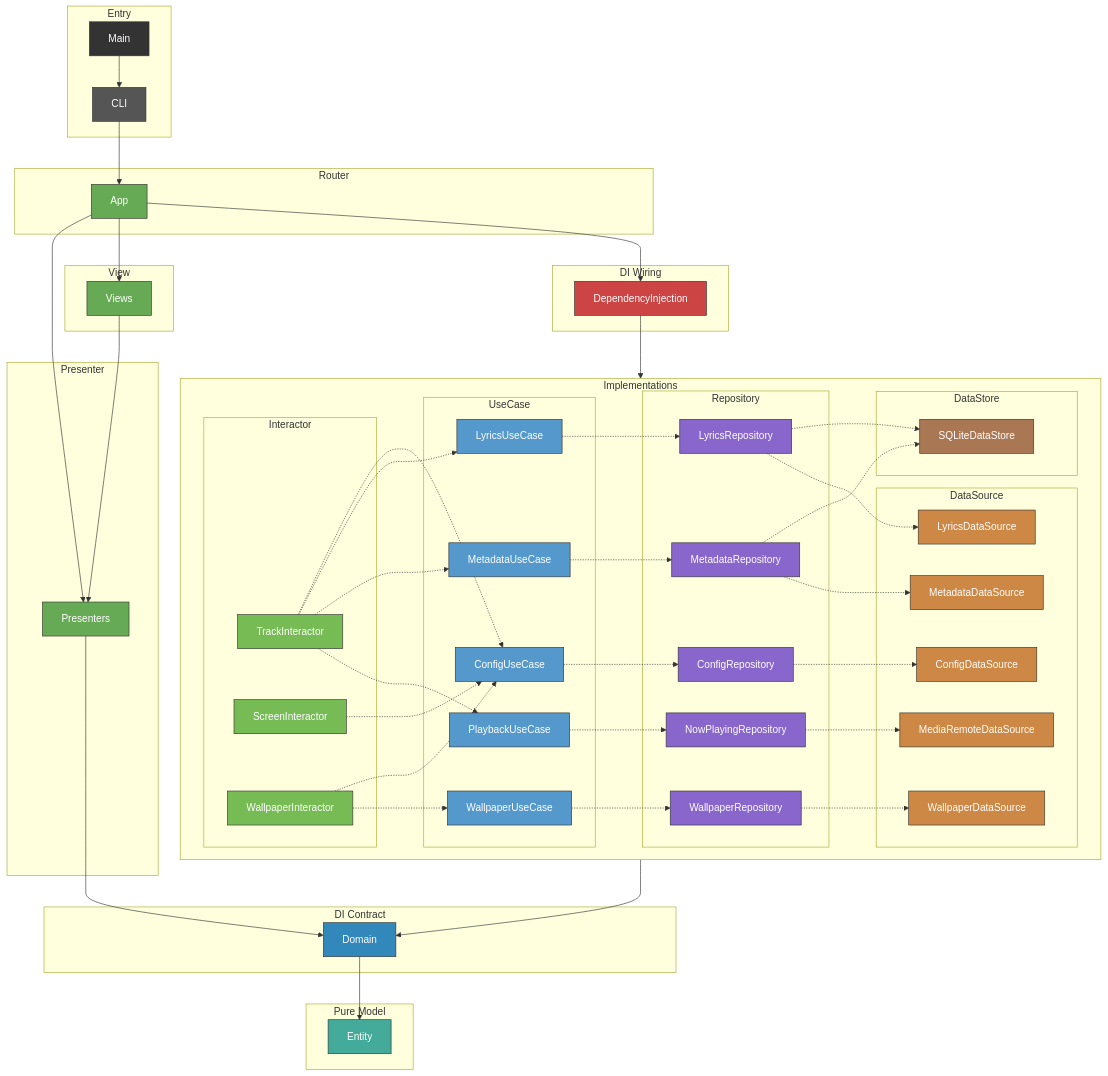
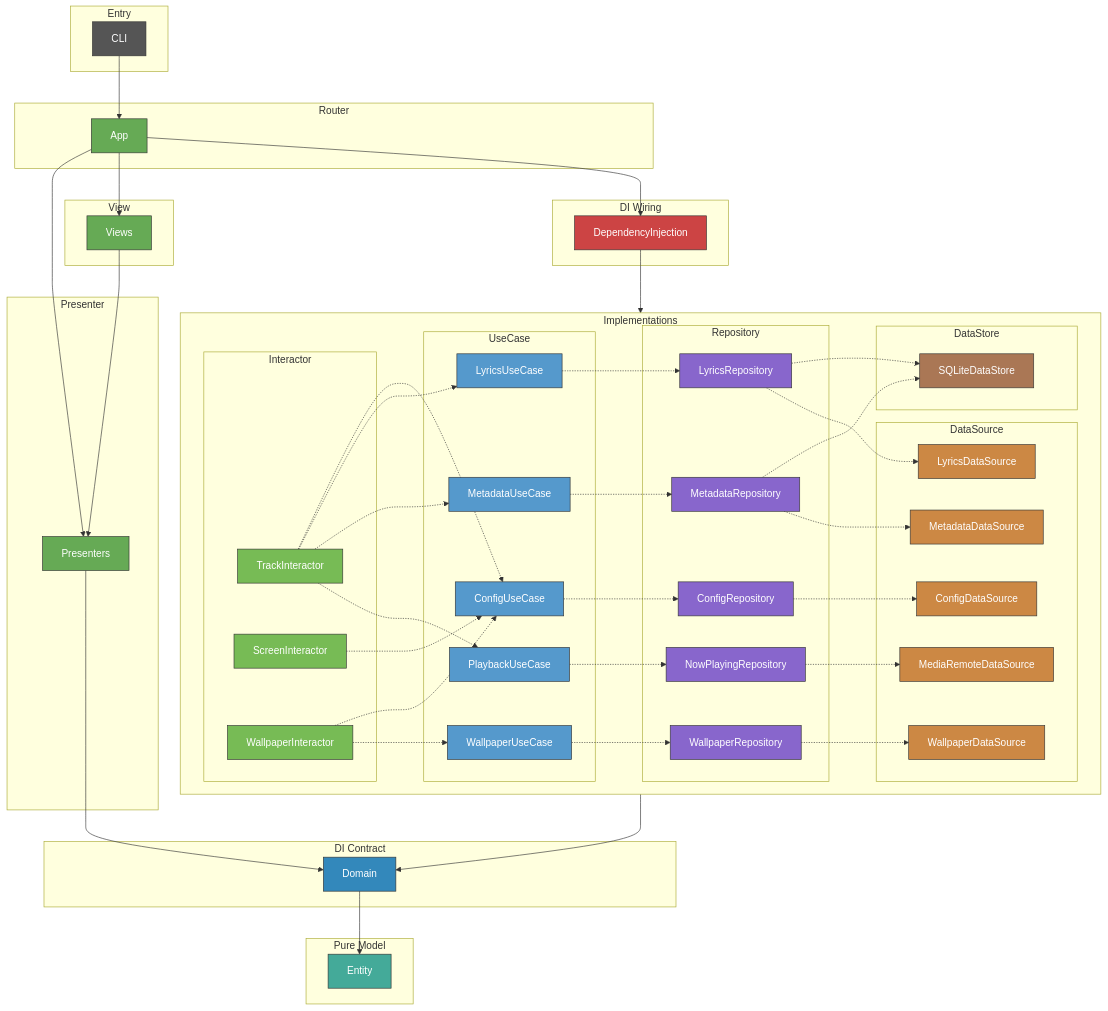
The diagram in CLAUDE.md (GeneralD/lyra), drawn with Mermaid before and after one commit. The commit also changed other lines of this file and 16 other files, not shown here.

````diff
--- a/CLAUDE.md
+++ b/CLAUDE.md
@@ -24,7 +24,6 @@
 ```mermaid
 graph TD
     subgraph Entry
-        Main[Main]
         CLI[CLI]
     end
 
@@ -88,7 +87,6 @@
         end
     end
 
-    Main --> CLI
     CLI --> App
     App --> Views & Presenters & DependencyInjection
     DependencyInjection --> Implementations
@@ -112,7 +110,6 @@
     WallpaperUseCase -.-> WallpaperRepository
     WallpaperRepository -.-> WallpaperDataSource
 
-    style Main fill:#333,stroke:#333,color:#fff
     style CLI fill:#555,stroke:#333,color:#fff
     style App fill:#6a5,stroke:#333,color:#fff
     style Views fill:#6a5,stroke:#333,color:#fff
````
